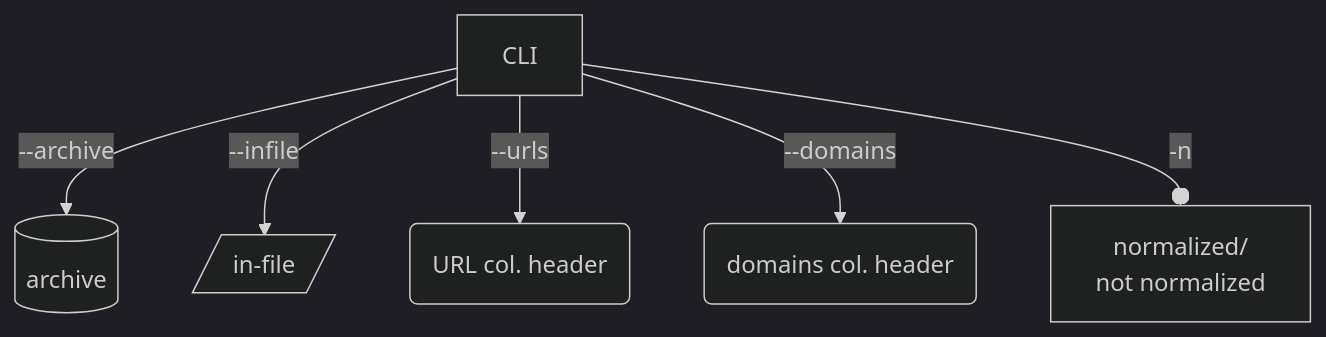
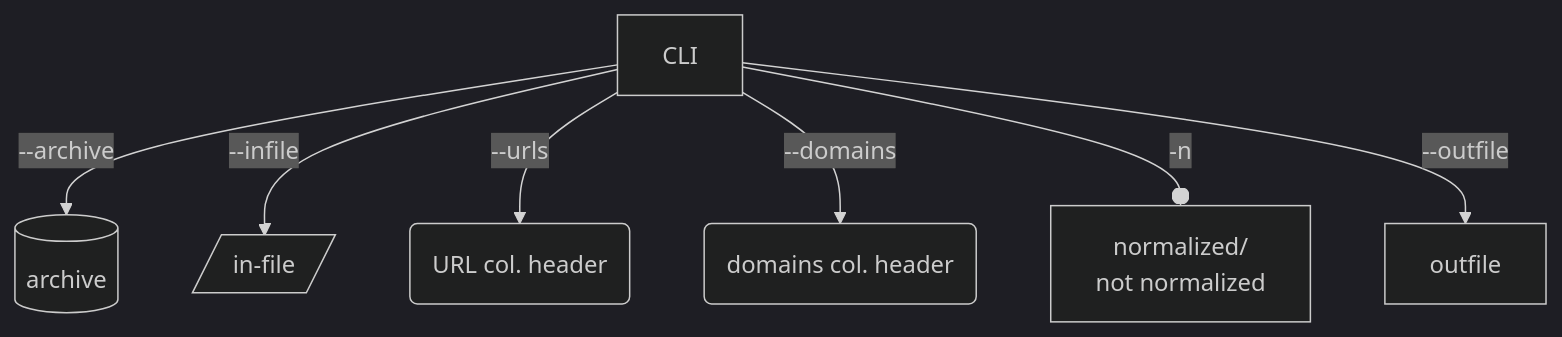
The third of 6 diagrams in README.md (kat-kel/archive-html), drawn with Mermaid (dark theme) before and after one commit. The commit also changed other lines of this file and 1 other file, not shown here.

````diff
--- a/README.md
+++ b/README.md
@@ -90,8 +91,9 @@
 ```mermaid
 flowchart TB
     CLI -->|"--archive"| archive[(archive)]
     CLI -->|"--infile"| infile[/in-file/]
     CLI -->|"--urls"| header1(URL col. header)
     CLI -->|"--domains"| header2(domains col. header)
     CLI --o|"-n"| id[normalized/\nnot normalized]
+    CLI -->|"--outfile"| outfile[outfile]
 ```
````
